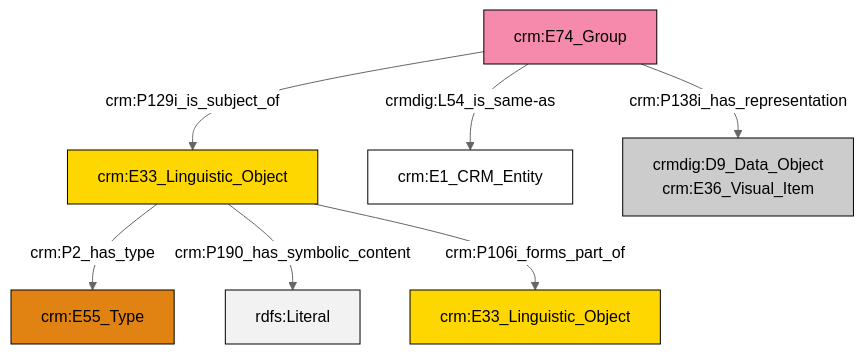
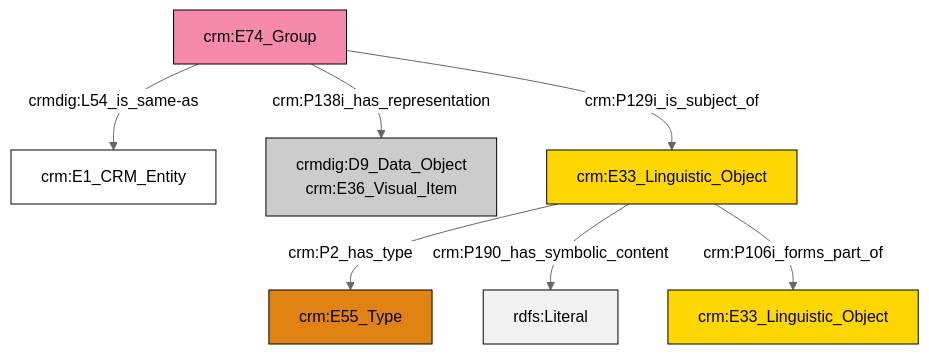
One commit to swiss-art-research-net/reference-data-models changed the diagram in et/groupCSV/ttl/mmd/group_documentation.ttl.mmd. Above: the diagram before and after it, drawn with Mermaid (neutral theme). The commit also changed 122 other files, not shown here.

```diff
--- a/et/groupCSV/ttl/mmd/group_documentation.ttl.mmd
+++ b/et/groupCSV/ttl/mmd/group_documentation.ttl.mmd
@@ -1,21 +1,21 @@
 graph TD
 classDef Literal fill:#f2f2f2,stroke:#000000;
 classDef CRM_Entity fill:#FFFFFF,stroke:#000000;
 classDef Temporal_Entity fill:#00C9E6, stroke:#000000;
 classDef Type fill:#E18312, stroke:#000000;
 classDef Time-Span fill:#2C9C91, stroke:#000000;
 classDef Appellation fill:#FFEB7F, stroke:#000000;
 classDef Place fill:#008836, stroke:#000000;
 classDef Persistent_Item fill:#B266B2, stroke:#000000;
 classDef Conceptual_Object fill:#FFD700, stroke:#000000;
 classDef Physical_Thing fill:#D2B48C, stroke:#000000;
 classDef Actor fill:#f58aad, stroke:#000000;
 classDef PC_Classes fill:#4ce600, stroke:#000000;
 classDef Multi fill:#cccccc,stroke:#000000;
 
-0["crm:E33_Linguistic_Object"]:::Conceptual_Object -->|crm:P2_has_type| 1["crm:E55_Type"]:::Type
-3["crm:E74_Group"]:::Actor -->|crm:P138i_has_representation| 7["crmdig:D9_Data_Object<br>crm:E36_Visual_Item"]:::Multi
-0["crm:E33_Linguistic_Object"]:::Conceptual_Object -->|crm:P190_has_symbolic_content| 10[rdfs:Literal]:::Literal
-3["crm:E74_Group"]:::Actor -->|crm:P129i_is_subject_of| 0["crm:E33_Linguistic_Object"]:::Conceptual_Object
-3["crm:E74_Group"]:::Actor -->|crmdig:L54_is_same-as| 5["crm:E1_CRM_Entity"]:::CRM_Entity
-0["crm:E33_Linguistic_Object"]:::Conceptual_Object -->|crm:P106i_forms_part_of| 12["crm:E33_Linguistic_Object"]:::Conceptual_Object
+4["crm:E74_Group"]:::Actor -->|crm:P138i_has_representation| 6["crmdig:D9_Data_Object<br>crm:E36_Visual_Item"]:::Multi
+4["crm:E74_Group"]:::Actor -->|crmdig:L54_is_same-as| 0["crm:E1_CRM_Entity"]:::CRM_Entity
+11["crm:E33_Linguistic_Object"]:::Conceptual_Object -->|crm:P2_has_type| 8["crm:E55_Type"]:::Type
+11["crm:E33_Linguistic_Object"]:::Conceptual_Object -->|crm:P190_has_symbolic_content| 13[rdfs:Literal]:::Literal
+4["crm:E74_Group"]:::Actor -->|crm:P129i_is_subject_of| 11["crm:E33_Linguistic_Object"]:::Conceptual_Object
+11["crm:E33_Linguistic_Object"]:::Conceptual_Object -->|crm:P106i_forms_part_of| 2["crm:E33_Linguistic_Object"]:::Conceptual_Object
```
